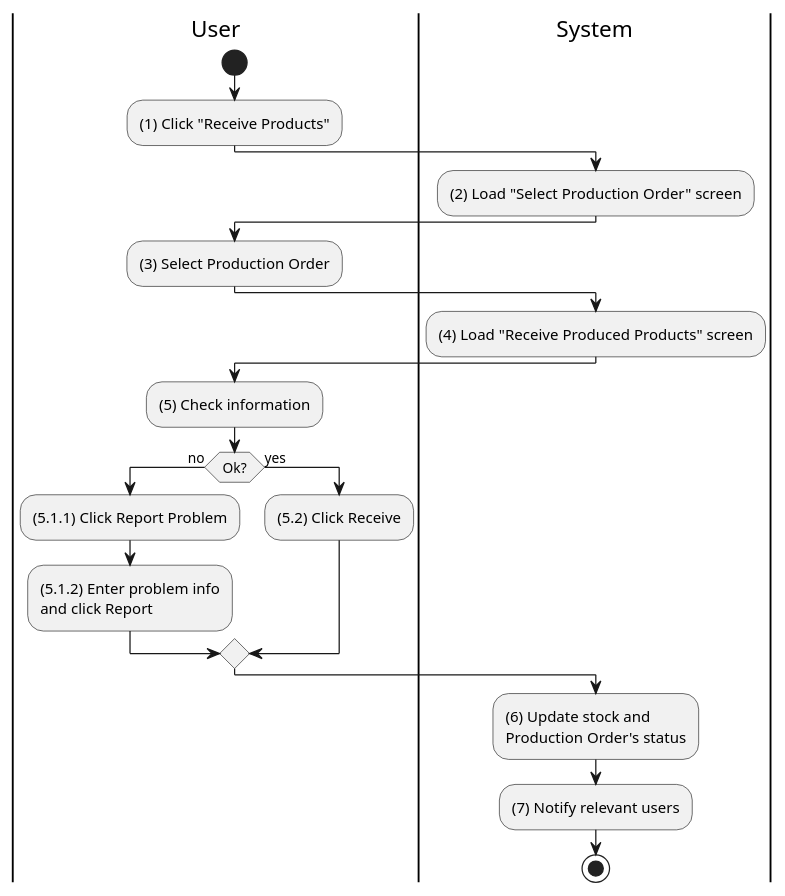
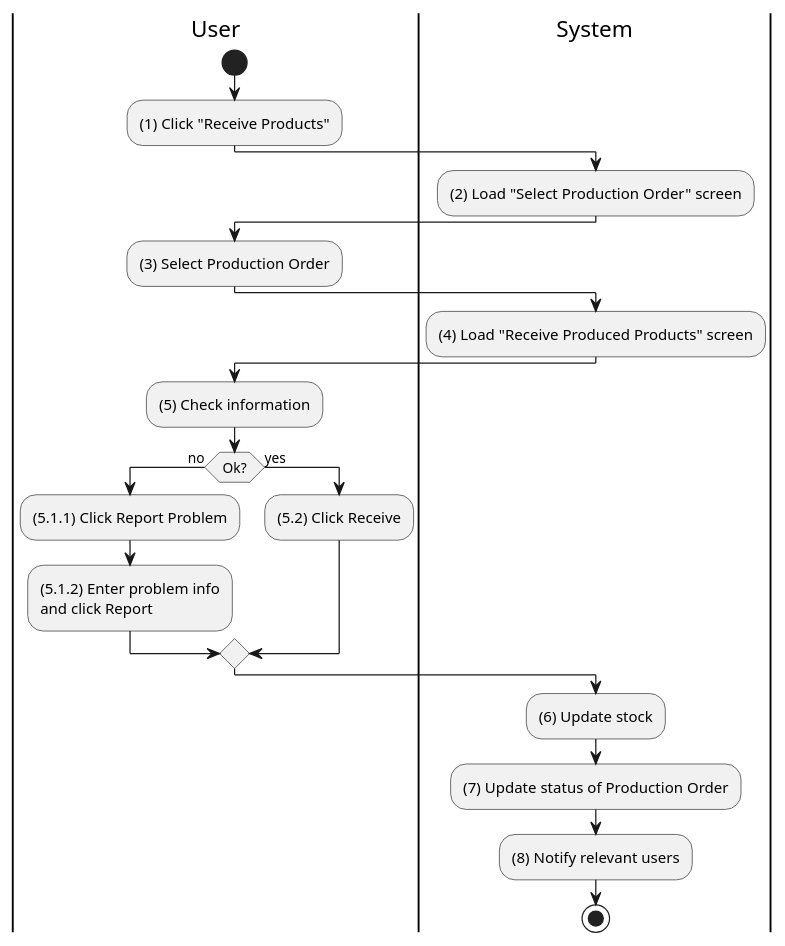
Before and after one commit to phihungha/scmss-reqs: the diagram in activities/inventory-product-receive.plantuml, drawn with PlantUML. The commit also changed 9 other files, not shown here.

```diff
--- a/activities/inventory-product-receive.plantuml
+++ b/activities/inventory-product-receive.plantuml
@@ -1,34 +1,35 @@
 @startuml inventory-product-receive
 |u|User
 |s|System
 
 |u|
 start
 :(1) Click "Receive Products";
 
 |s|
 :(2) Load "Select Production Order" screen;
 
 |u|
 :(3) Select Production Order;
 
 |s|
 :(4) Load "Receive Produced Products" screen;
 
 |u|
 :(5) Check information;
 
 if (Ok?) then (no)
     |u|
     :(5.1.1) Click Report Problem;
     :(5.1.2) Enter problem info\nand click Report;
 else (yes)
     |u|
     :(5.2) Click Receive;
 endif
 
 |s|
-:(6) Update stock and\nProduction Order's status;
-:(7) Notify relevant users;
+:(6) Update stock;
+:(7) Update status of Production Order;
+:(8) Notify relevant users;
 stop
 @enduml
```
